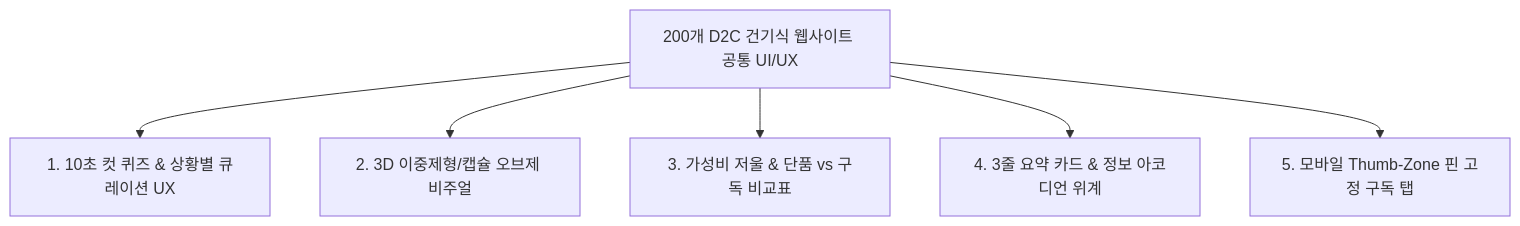
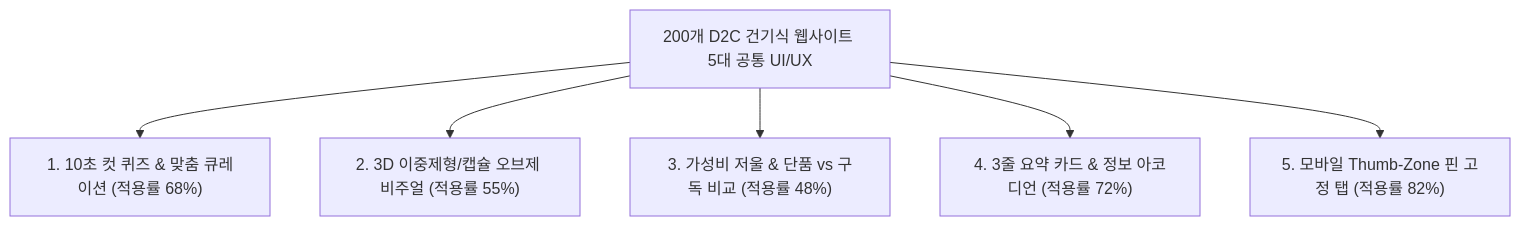
Before and after one commit to 95raon-alt/Agent: the diagram in UIUX_허지민/Antigravity/00.output/공통점/공통점.md, drawn with Mermaid. The commit also changed other lines of this file and 56 other files, not shown here.

````diff
--- a/UIUX_허지민/Antigravity/00.output/공통점/공통점.md
+++ b/UIUX_허지민/Antigravity/00.output/공통점/공통점.md
@@ -22,8 +22,8 @@
 ```mermaid
 graph TD
-    A["200개 D2C 건기식 웹사이트 공통 UI/UX"] --> B["1. 10초 컷 퀴즈 & 상황별 큐레이션 UX"]
-    A --> C["2. 3D 이중제형/캡슐 오브제 비주얼"]
-    A --> D["3. 가성비 저울 & 단품 vs 구독 비교표"]
-    A --> E["4. 3줄 요약 카드 & 정보 아코디언 위계"]
-    A --> F["5. 모바일 Thumb-Zone 핀 고정 구독 탭"]
+    A["200개 D2C 건기식 웹사이트 5대 공통 UI/UX"] --> B["1. 10초 컷 퀴즈 & 맞춤 큐레이션 (적용률 68%)"]
+    A --> C["2. 3D 이중제형/캡슐 오브제 비주얼 (적용률 55%)"]
+    A --> D["3. 가성비 저울 & 단품 vs 구독 비교 (적용률 48%)"]
+    A --> E["4. 3줄 요약 카드 & 정보 아코디언 (적용률 72%)"]
+    A --> F["5. 모바일 Thumb-Zone 핀 고정 탭 (적용률 82%)"]
 ```
````
